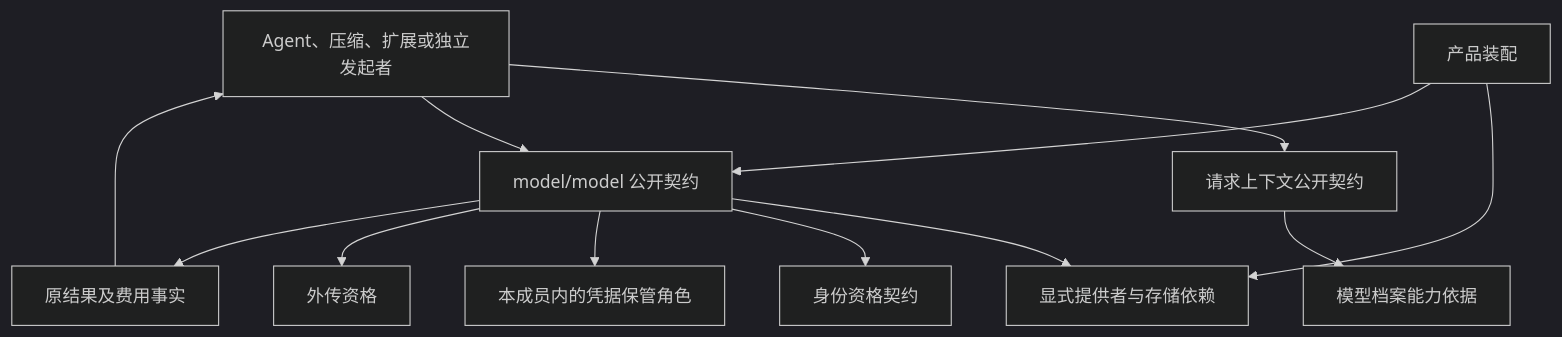
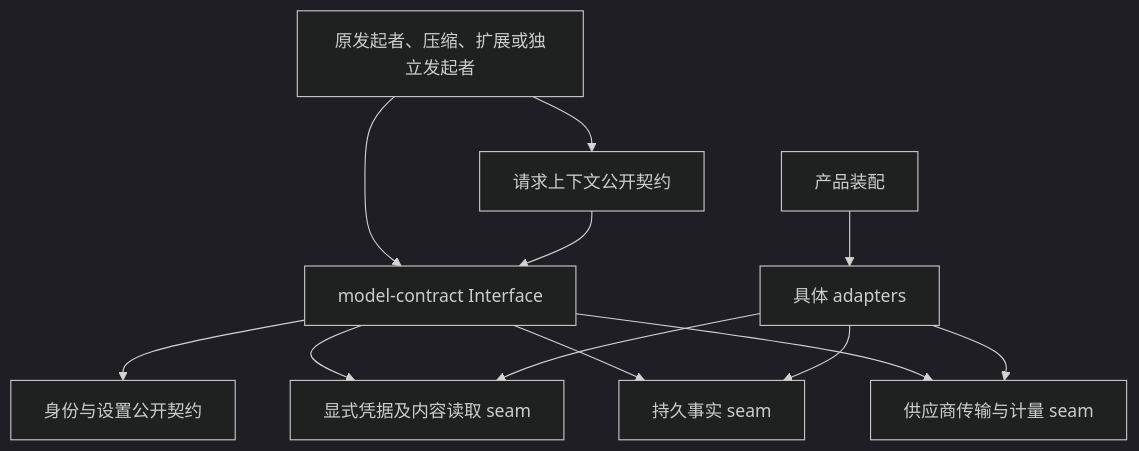
Before and after one commit to nemori-ai/omne-harness-lite: the first of 2 diagrams in packages/model/docs/architecture.md, drawn with Mermaid (dark theme). The commit also changed other lines of this file and 420 other files, not shown here.

````diff
--- a/packages/model/docs/architecture.md
+++ b/packages/model/docs/architecture.md
@@ -7,14 +7,14 @@
 ```mermaid
 flowchart TD
-  F[Agent、压缩、扩展或独立发起者] --> C[请求上下文公开契约]
-  F --> M[model/model 公开契约]
-  C --> P[模型档案能力依据]
-  M --> A[显式提供者与存储依赖]
-  M --> Q[身份资格契约]
-  M --> K[本成员内的凭据保管角色]
-  M --> X[外传资格]
-  M --> R[原结果及费用事实]
-  R --> F
-  Assembly[产品装配] --> A
-  Assembly --> M
+  F[原发起者、压缩、扩展或独立发起者] --> C[请求上下文公开契约]
+  F --> M[model-contract Interface]
+  C --> M
+  M --> I[身份与设置公开契约]
+  M --> V[显式凭据及内容读取 seam]
+  M --> D[持久事实 seam]
+  M --> P[供应商传输与计量 seam]
+  Assembly[产品装配] --> Adapters[具体 adapters]
+  Adapters --> D
+  Adapters --> P
+  Adapters --> V
 ```
````
